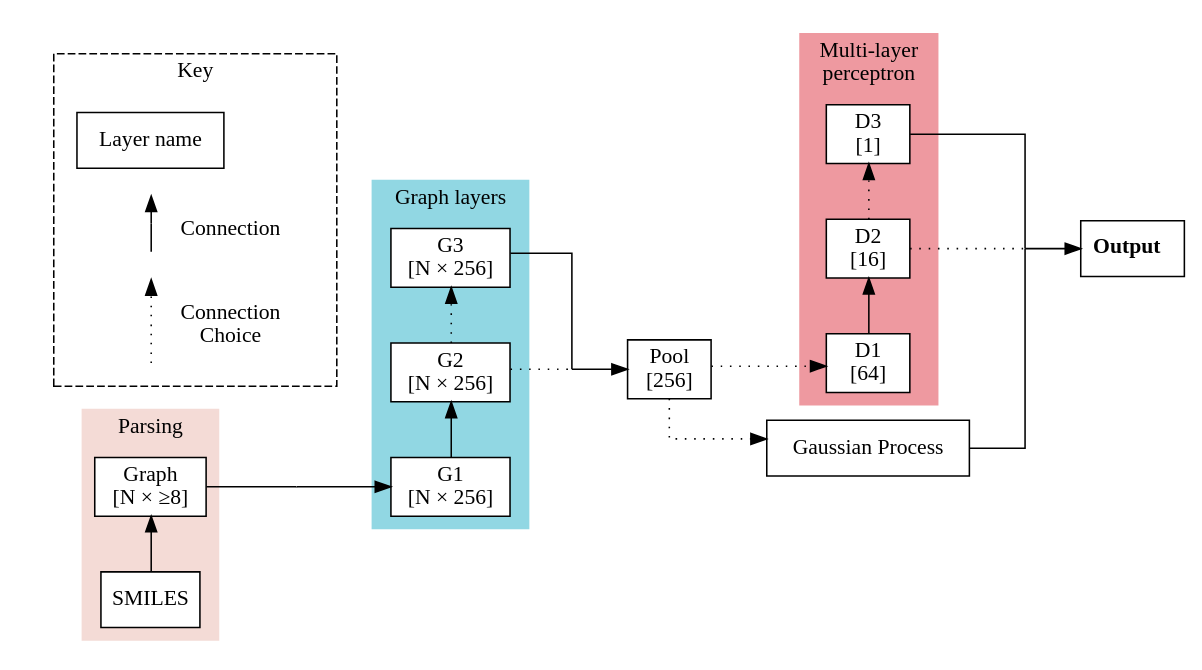
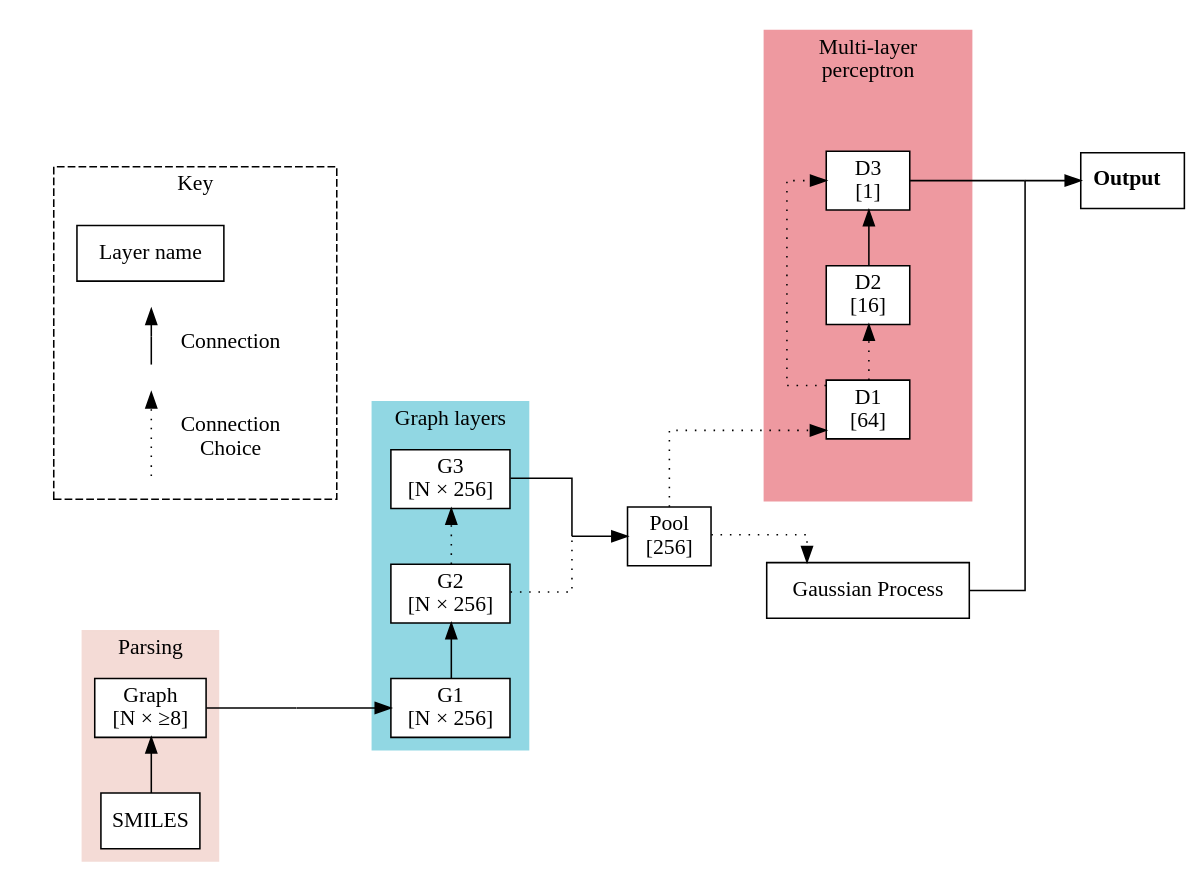
The diagram in visualisation/model_graph.dot (a-ws-m/CaMCaNN), drawn with Graphviz before and after one commit.

Commit message:
Formatting fixes

```diff
--- a/visualisation/model_graph.dot
+++ b/visualisation/model_graph.dot
@@ -1,111 +1,106 @@
 digraph G {
     margin=0;
     newrank=true;
 
     graph [fontname = "Fira Sans", rankdir=LR, splines=ortho, ratio=auto];
-    // graph [fontname = "Fira Sans", rankdir=LR, ratio=auto];
     node [fontname = "Fira Sans", style="filled,solid", fillcolor=white, shape="box"];
     edge [fontname = "Fira Sans"];
 
     subgraph cluster_0 {
         rank="same";
         style=filled;
         margin=8;
         color="#f4dbd6";
         node [style=filled];
         edge[minlen=2];
         SMILES -> molgraph;
         label = "Parsing";
     }
 
     pre_graph[shape="point", width=0.001, height=0.001];
     
     subgraph cluster_1 {
         rank="same";
         style=filled;
         margin=8;
         color="#91d7e3";
         edge[minlen=2];
         G1 -> G2;
         G2 -> G3[style="dotted"];
         label = "Graph layers";
     }
     
     pre_pool[shape="point", width=0, height=0];
     pool[label="Pool\n[256]", style=solid, color=black, shape=box];
     
     subgraph cluster_2 {
         rank="same";
         style=filled;
-        margin=8;
+        margin=40;
         color="#ee99a0";
         edge[minlen=2];
-        D1 -> D2;
-        D2 -> D3[style="dotted"];
+        D1 -> D2[style="dotted"];
+        D1 -> D3[style="dotted"];
+        D2 -> D3;
         label="Multi-layer\nperceptron";
     }
     
     subgraph cluster_3_margin {
         margin=15;
         style="invis";
-        // edge[constraint="false"];
         subgraph cluster_3 {
             style="dashed";
             label="Key";
             subgraph example_edges {
                 rank="same";
                 key[label="Layer name"];
                 node[shape="point", width=0, height=0];
-                // key -> dummy[dir=none, style=invis];
                 subgraph full_edge {
                     eg3 -> eg4[dir=none];
                     eg4 -> eg5[xlabel="    Connection"];
                 }
                 subgraph dotted_edge {
                     edge[style="dotted"];
                     eg0 -> eg1[dir=none];
                     eg1 -> eg11[dir=none];
                     eg11 -> eg2[xlabel="    Connection\n    Choice"];
                 }
             }
             dummy[style=invis, label="", width=0.3];
-            // dummy[shape=point, width=11, height=0];
             key -> dummy[style=invis];
         }
     }
     
     molgraph -> pre_graph[dir=none];
     pre_graph -> G1;
     G3 -> pre_pool[dir=none];
     G2 -> pre_pool[style="dotted", dir=none];
     pre_pool -> pool;
     pool -> D1[style="dotted"];
     pool -> GP[style="dotted"];
     
     subgraph to_output{
         edge[dir=none];
-        D2 -> pre_output[style="dotted"];
         D3 -> pre_output;
-        GP -> pre_output;
+        GP -> pre_output[constraint=false];
     }
 
     pre_output -> output;
 
     molgraph[label="Graph\n[N × ≥8]"];
     G1[label="G1\n[N × 256]"];
     G2[label="G2\n[N × 256]"];
     G3[label="G3\n[N × 256]"];
     
     D1[label="D1\n[64]"];
     D2[label="D2\n[16]"];
     D3[label="D3\n[1]"];
     
     GP[
         label="Gaussian Process",
-        // fontcolor="#EA7600"
     ];
     
-    pre_output[shape="point", width=0, height=0];
+    pre_output[shape="point", width=0.001, height=0.001];
     output[label=<<b>Output</b>>]
     
 }
```
